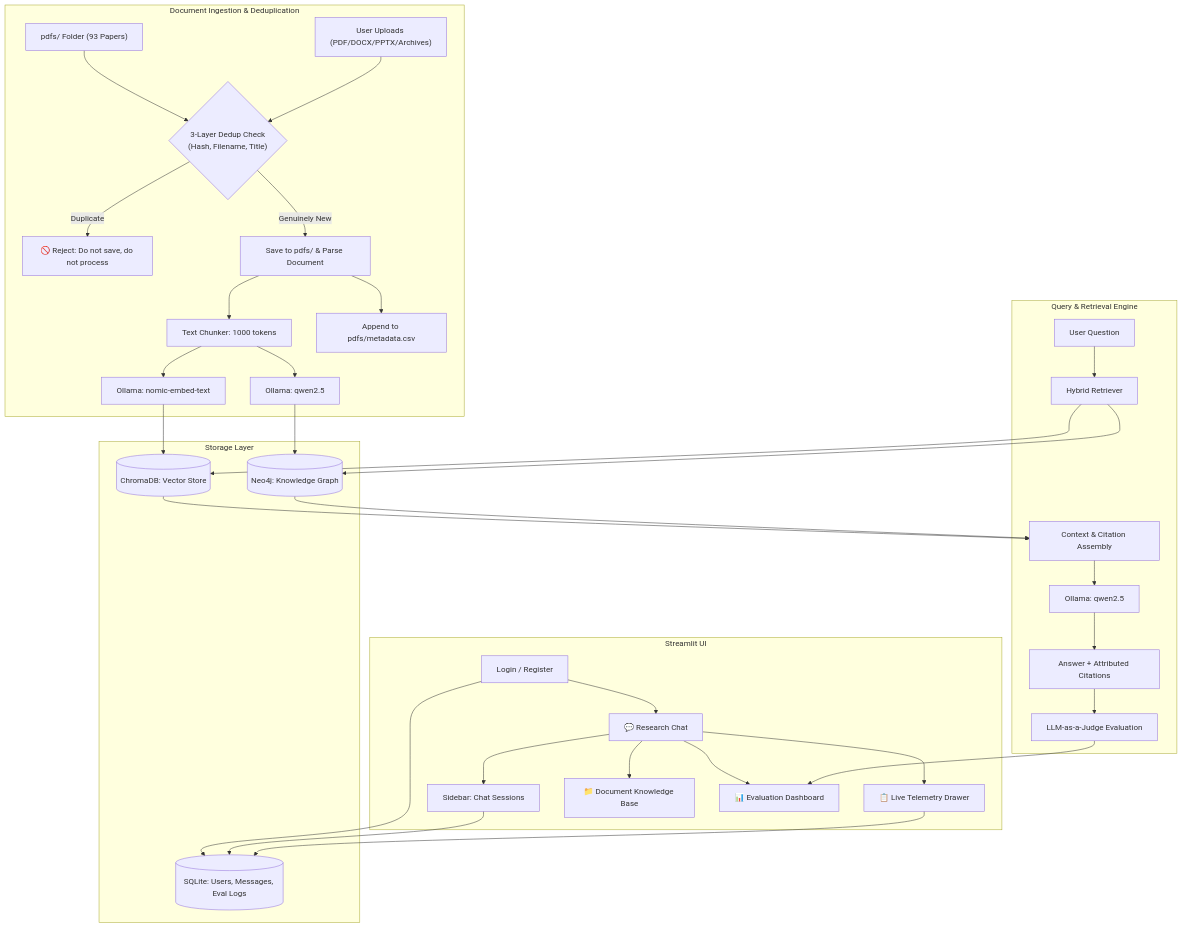
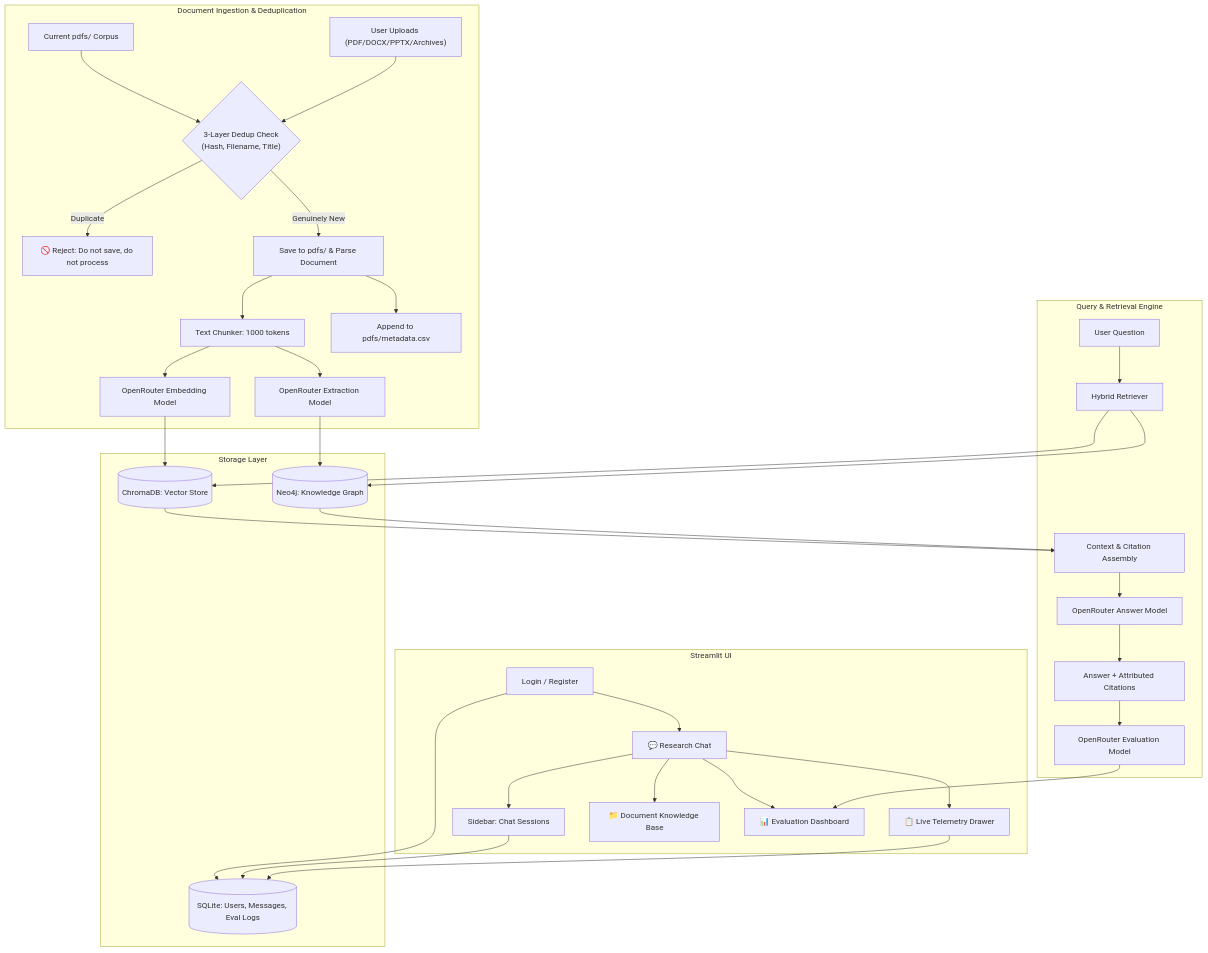
The second of 3 diagrams in README.md (omartt4/AI-project-group), drawn with Mermaid before and after one commit. The commit also changed other lines of this file and 27 other files, not shown here.

Commit message:
redesign graph schema and add cloud model routing

````diff
--- a/README.md
+++ b/README.md
@@ -53,39 +54,39 @@
 ```mermaid
 graph TB
     subgraph "Streamlit UI"
         Auth[Login / Register] --> Chat[💬 Research Chat]
         Chat --> Hist[Sidebar: Chat Sessions]
         Chat --> Telemetry[📋 Live Telemetry Drawer]
         Chat --> Upload[📁 Document Knowledge Base]
         Chat --> EvalDash[📊 Evaluation Dashboard]
     end
 
     subgraph "Document Ingestion & Deduplication"
-        InitPDFs["pdfs/ Folder (93 Papers)"] --> DedupCheck
+        InitPDFs["Current pdfs/ Corpus"] --> DedupCheck
         UserUploads["User Uploads (PDF/DOCX/PPTX/Archives)"] --> DedupCheck
         DedupCheck{"3-Layer Dedup Check<br>(Hash, Filename, Title)"}
         DedupCheck -->|Duplicate| Reject["🚫 Reject: Do not save, do not process"]
         DedupCheck -->|Genuinely New| Save["Save to pdfs/ & Parse Document"]
         Save --> Chunk[Text Chunker: 1000 tokens]
-        Chunk --> Embed[Ollama: nomic-embed-text]
-        Chunk --> EntityExtract[Ollama: qwen2.5]
+        Chunk --> Embed[OpenRouter Embedding Model]
+        Chunk --> EntityExtract[OpenRouter Extraction Model]
         Save --> MetaCSV["Append to pdfs/metadata.csv"]
     end
 
     subgraph "Storage Layer"
         Embed --> Chroma[(ChromaDB: Vector Store)]
         EntityExtract --> Neo4j[(Neo4j: Knowledge Graph)]
         Auth & Hist & Telemetry --> SQLite[(SQLite: Users, Messages, Eval Logs)]
     end
 
     subgraph "Query & Retrieval Engine"
         UserQuery[User Question] --> HybridRetriever[Hybrid Retriever]
         HybridRetriever --> Chroma
         HybridRetriever --> Neo4j
         Chroma & Neo4j --> Assembly[Context & Citation Assembly]
-        Assembly --> LLM[Ollama: qwen2.5]
+        Assembly --> LLM[OpenRouter Answer Model]
         LLM --> Answer[Answer + Attributed Citations]
-        Answer --> Judge[LLM-as-a-Judge Evaluation]
+        Answer --> Judge[OpenRouter Evaluation Model]
         Judge --> EvalDash
     end
 ```
````
